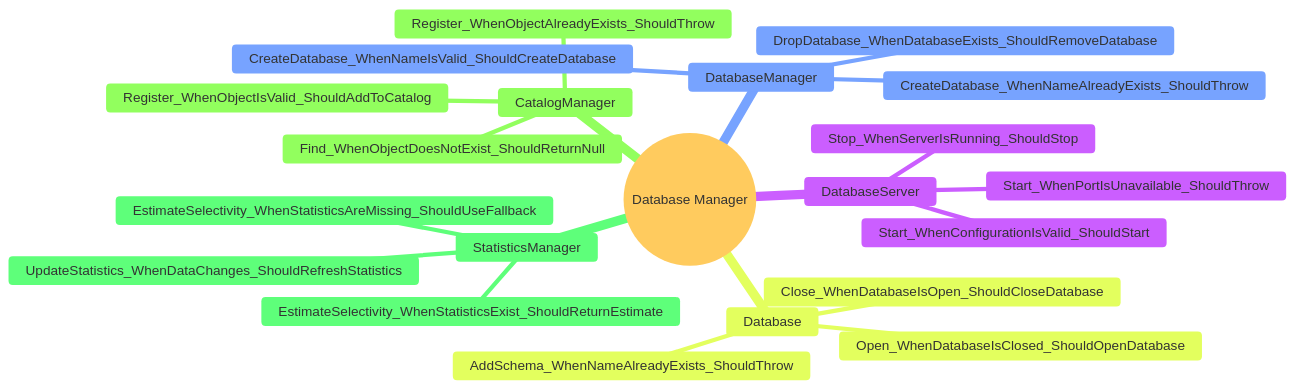
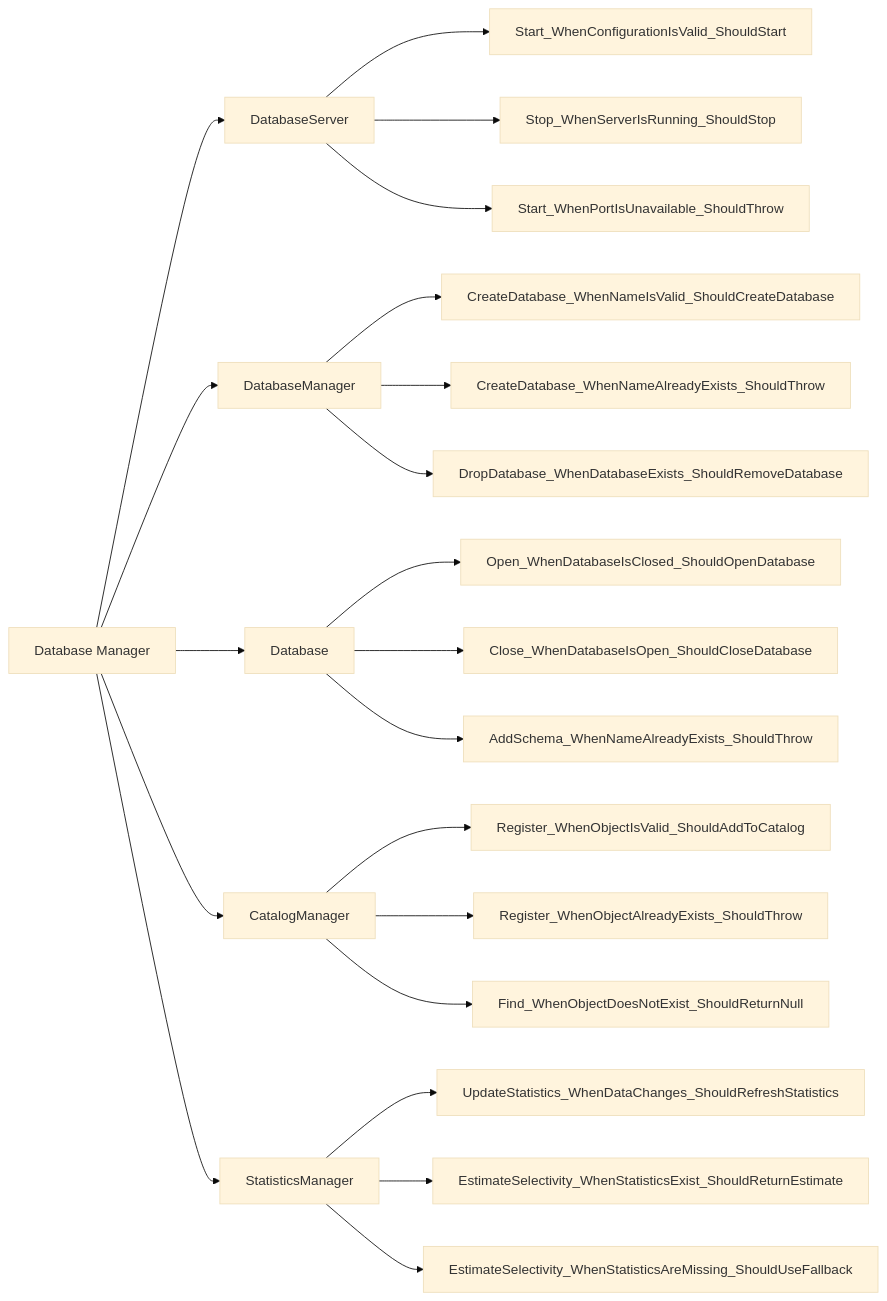
One commit to manaxpow/DBMS changed diagram 11 of 19 in README.md. Above: the diagram before and after it, drawn with Mermaid (base theme). The commit also changed other lines of this file and 84 other files, not shown here.

````diff
--- a/README.md
+++ b/README.md
@@ -279,24 +310,27 @@
 ```mermaid
-mindmap
-  root((Database Manager))
-    DatabaseServer
-      Start_WhenConfigurationIsValid_ShouldStart
-      Stop_WhenServerIsRunning_ShouldStop
-      Start_WhenPortIsUnavailable_ShouldThrow
-    DatabaseManager
-      CreateDatabase_WhenNameIsValid_ShouldCreateDatabase
-      CreateDatabase_WhenNameAlreadyExists_ShouldThrow
-      DropDatabase_WhenDatabaseExists_ShouldRemoveDatabase
-    Database
-      Open_WhenDatabaseIsClosed_ShouldOpenDatabase
-      Close_WhenDatabaseIsOpen_ShouldCloseDatabase
-      AddSchema_WhenNameAlreadyExists_ShouldThrow
-    CatalogManager
-      Register_WhenObjectIsValid_ShouldAddToCatalog
-      Register_WhenObjectAlreadyExists_ShouldThrow
-      Find_WhenObjectDoesNotExist_ShouldReturnNull
-    StatisticsManager
-      UpdateStatistics_WhenDataChanges_ShouldRefreshStatistics
-      EstimateSelectivity_WhenStatisticsExist_ShouldReturnEstimate
-      EstimateSelectivity_WhenStatisticsAreMissing_ShouldUseFallback
+flowchart LR
+    Subsystem[Database Manager] --> DatabaseServer
+    DatabaseServer --> Start_WhenConfigurationIsValid_ShouldStart
+    DatabaseServer --> Stop_WhenServerIsRunning_ShouldStop
+    DatabaseServer --> Start_WhenPortIsUnavailable_ShouldThrow
+    
+    Subsystem --> DatabaseManagerClass[DatabaseManager]
+    DatabaseManagerClass --> CreateDatabase_WhenNameIsValid_ShouldCreateDatabase
+    DatabaseManagerClass --> CreateDatabase_WhenNameAlreadyExists_ShouldThrow
+    DatabaseManagerClass --> DropDatabase_WhenDatabaseExists_ShouldRemoveDatabase
+    
+    Subsystem --> Database
+    Database --> Open_WhenDatabaseIsClosed_ShouldOpenDatabase
+    Database --> Close_WhenDatabaseIsOpen_ShouldCloseDatabase
+    Database --> AddSchema_WhenNameAlreadyExists_ShouldThrow
+    
+    Subsystem --> CatalogManager
+    CatalogManager --> Register_WhenObjectIsValid_ShouldAddToCatalog
+    CatalogManager --> Register_WhenObjectAlreadyExists_ShouldThrow
+    CatalogManager --> Find_WhenObjectDoesNotExist_ShouldReturnNull
+    
+    Subsystem --> StatisticsManager
+    StatisticsManager --> UpdateStatistics_WhenDataChanges_ShouldRefreshStatistics
+    StatisticsManager --> EstimateSelectivity_WhenStatisticsExist_ShouldReturnEstimate
+    StatisticsManager --> EstimateSelectivity_WhenStatisticsAreMissing_ShouldUseFallback
 ```
````
